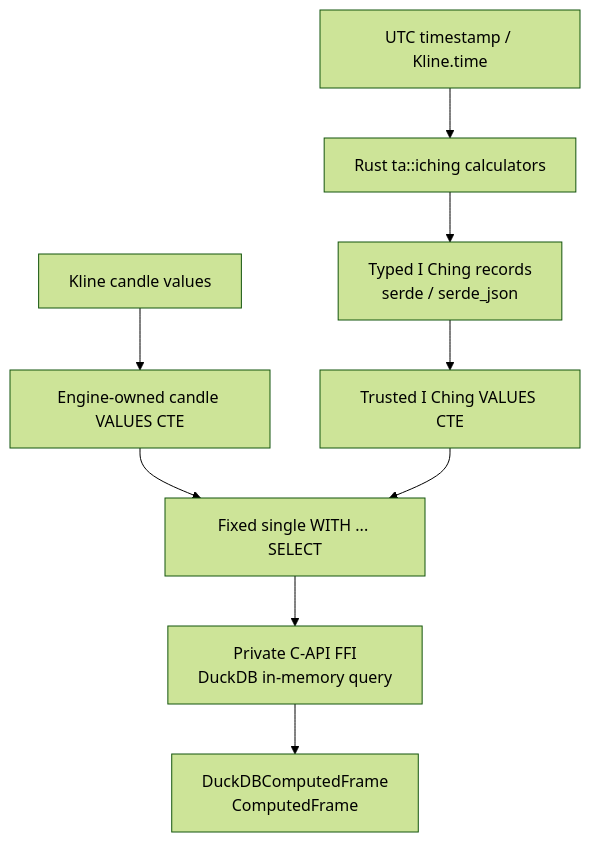
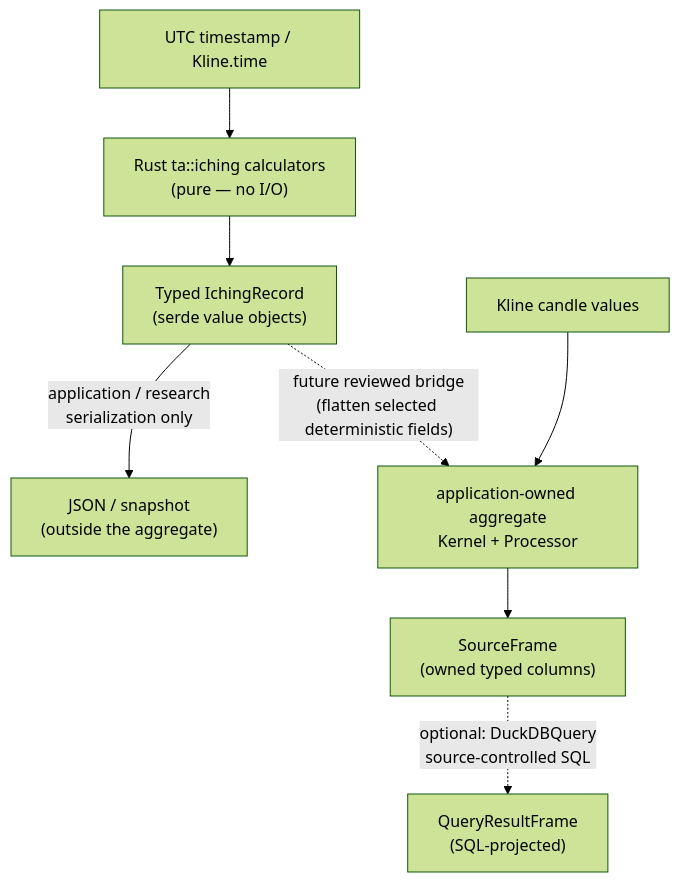
One commit to InNoobWeTrust/algotrap changed the first of 2 diagrams in docs/prds/research/iching-datetime-market-cycles.md. Above: the diagram before and after it, drawn with Mermaid (forest theme). The commit also changed other lines of this file and 127 other files, not shown here.

````diff
--- a/docs/prds/research/iching-datetime-market-cycles.md
+++ b/docs/prds/research/iching-datetime-market-cycles.md
@@ -33,11 +44,10 @@
 ```mermaid
 flowchart TD
-    T["UTC timestamp / Kline.time"] --> C["Rust ta::iching calculators"]
-    C --> R["Typed I Ching records\nserde / serde_json"]
-    K["Kline candle values"] --> V["Engine-owned candle VALUES CTE"]
-    R --> I["Trusted I Ching VALUES CTE"]
-    V --> Q["Fixed single WITH ... SELECT"]
-    I --> Q
-    Q --> F["Private C-API FFI\nDuckDB in-memory query"]
-    F --> O["DuckDBComputedFrame\nComputedFrame"]
+    T["UTC timestamp / Kline.time"] --> C["Rust ta::iching calculators\n(pure — no I/O)"]
+    C --> R["Typed IchingRecord\n(serde value objects)"]
+    R -->|"application / research\nserialization only"| SER["JSON / snapshot\n(outside the aggregate)"]
+    K["Kline candle values"] --> AGG["application-owned aggregate\nKernel + Processor<K>"]
+    AGG --> OUT["SourceFrame\n(owned typed columns)"]
+    OUT -.->|"optional: DuckDBQuery\nsource-controlled SQL"| OWF["QueryResultFrame\n(SQL-projected)"]
+    R -.->|"future reviewed bridge\n(flatten selected deterministic fields)"| AGG
 ```
````
